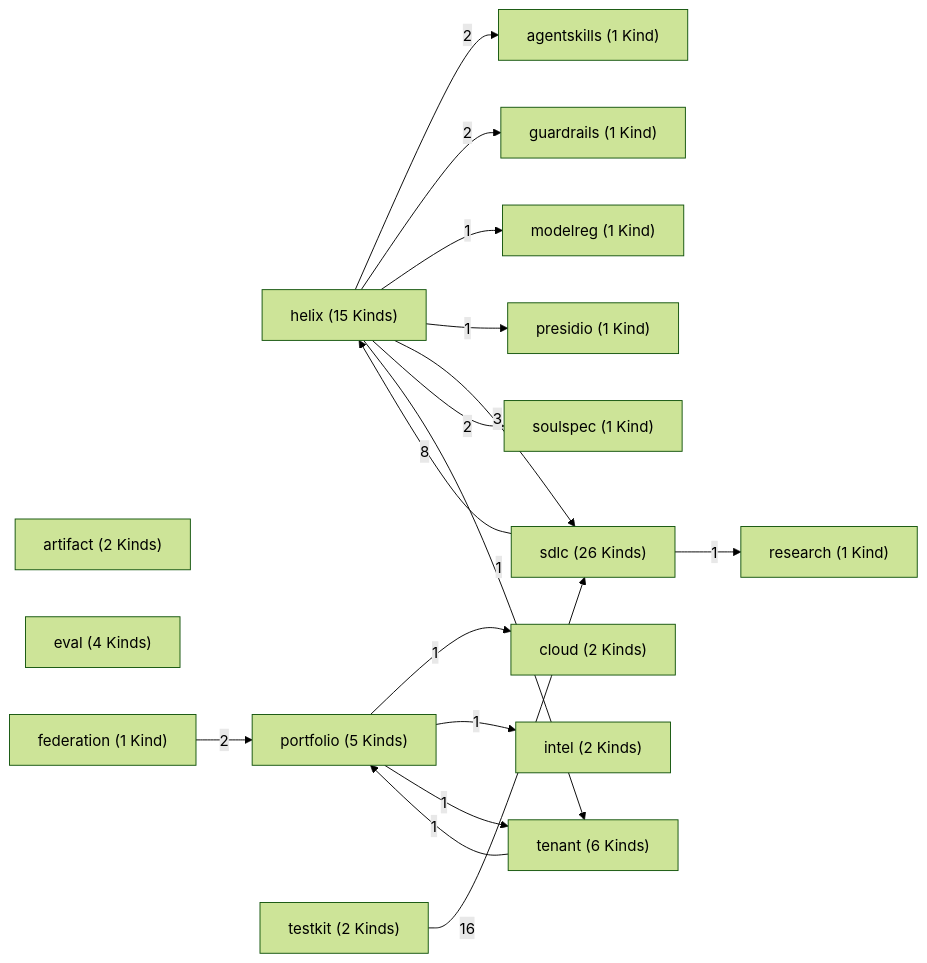
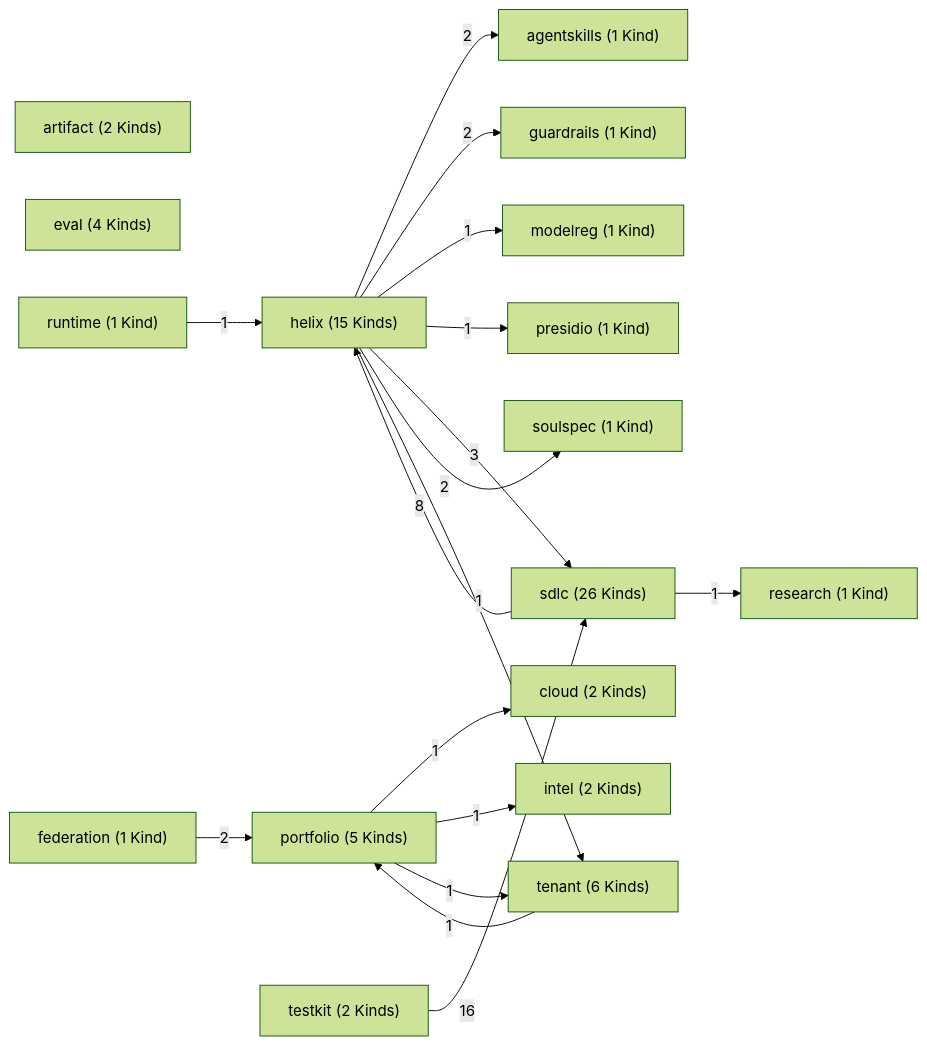
The first of 12 diagrams in docs/reference/data-model.md (ruinosus/dna), drawn with Mermaid (forest theme) before and after one commit. The commit also changed other lines of this file and 3 other files, not shown here.

````diff
--- a/docs/reference/data-model.md
+++ b/docs/reference/data-model.md
@@ -96,34 +96,36 @@
 ```mermaid
 flowchart LR
     agentskills["agentskills (1 Kind)"]
     artifact["artifact (2 Kinds)"]
     cloud["cloud (2 Kinds)"]
     eval["eval (4 Kinds)"]
     federation["federation (1 Kind)"]
     guardrails["guardrails (1 Kind)"]
     helix["helix (15 Kinds)"]
     intel["intel (2 Kinds)"]
     modelreg["modelreg (1 Kind)"]
     portfolio["portfolio (5 Kinds)"]
     presidio["presidio (1 Kind)"]
     research["research (1 Kind)"]
+    runtime["runtime (1 Kind)"]
     sdlc["sdlc (26 Kinds)"]
     soulspec["soulspec (1 Kind)"]
     tenant["tenant (6 Kinds)"]
     testkit["testkit (2 Kinds)"]
     federation -->|2| portfolio
     helix -->|2| agentskills
     helix -->|2| guardrails
     helix -->|1| modelreg
     helix -->|1| presidio
     helix -->|3| sdlc
     helix -->|2| soulspec
     helix -->|1| tenant
     portfolio -->|1| cloud
     portfolio -->|1| intel
     portfolio -->|1| tenant
+    runtime -->|1| helix
     sdlc -->|8| helix
     sdlc -->|1| research
     tenant -->|1| portfolio
     testkit -->|16| sdlc
 ```
````
